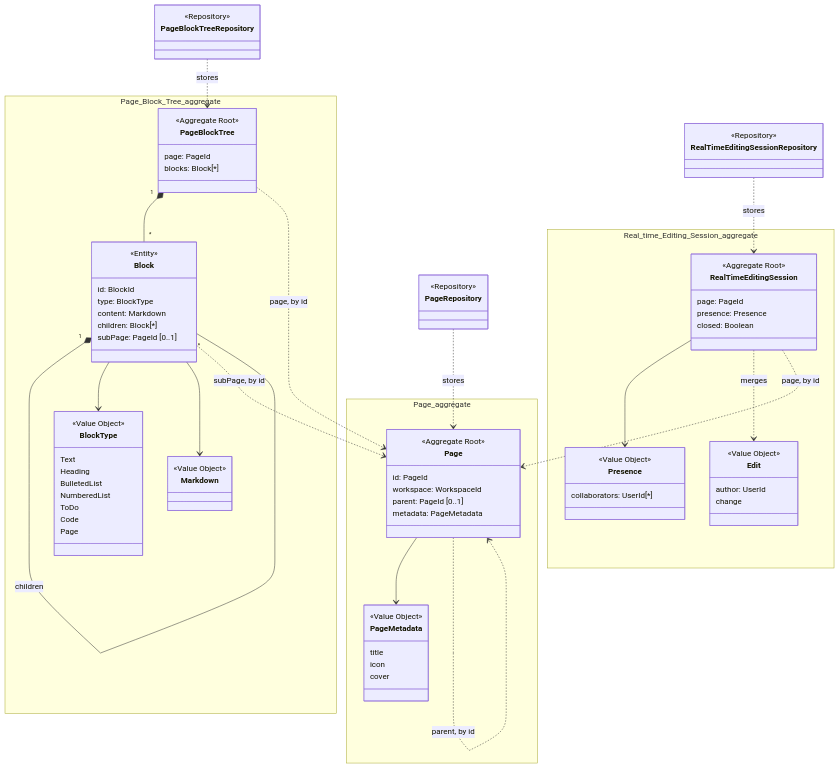
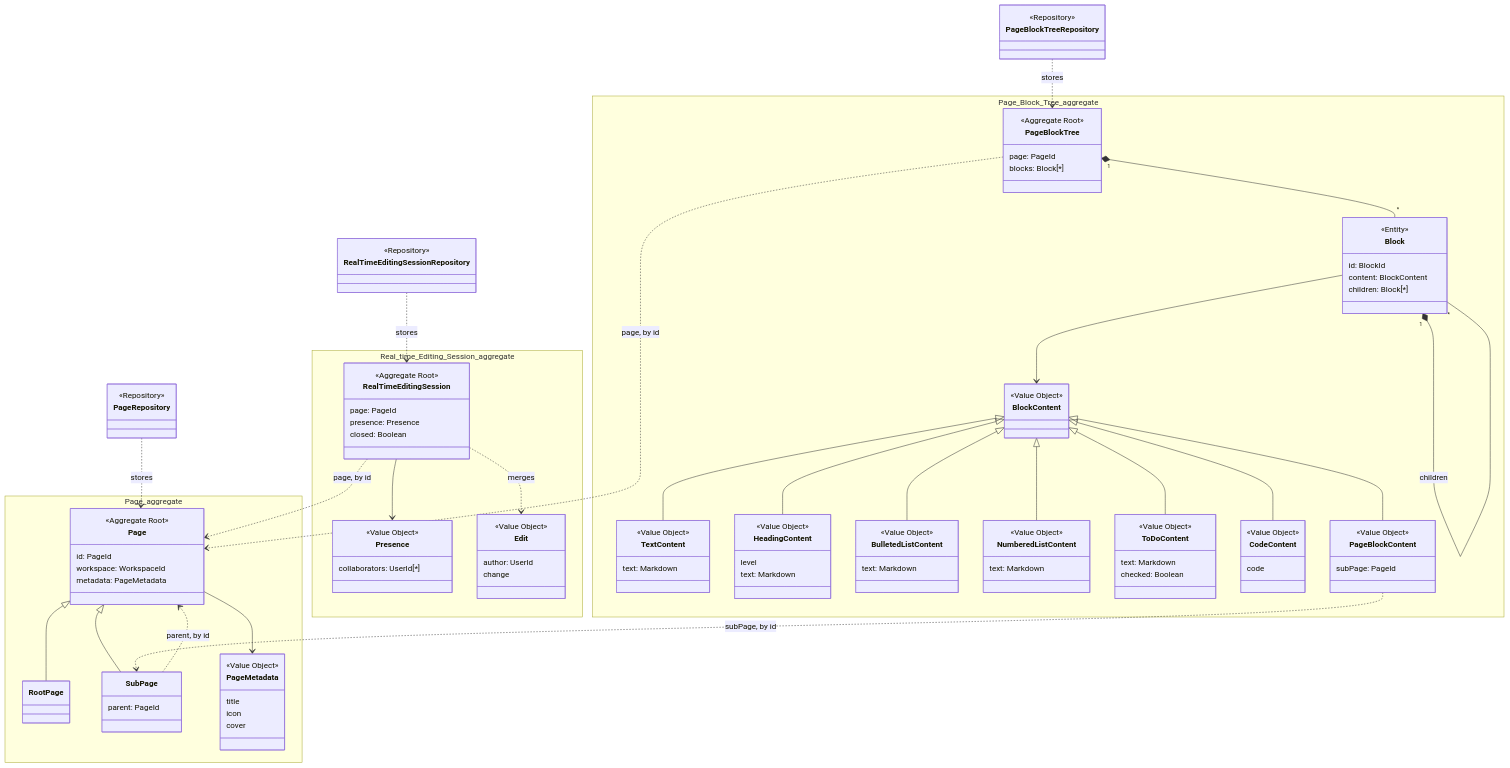
The third of 5 diagrams in _includes/tactical-design.md (Bending-Forks/gotion), drawn with Mermaid before and after one commit. The commit also changed other lines of this file and 3 other files, not shown here.

```diff
--- a/_includes/tactical-design.md
+++ b/_includes/tactical-design.md
@@ -184,8 +184,11 @@
       <<Aggregate Root>>
       id: PageId
       workspace: WorkspaceId
-      parent: PageId [0..1]
       metadata: PageMetadata
+    }
+    class RootPage
+    class SubPage {
+      parent: PageId
     }
     class PageMetadata {
       <<Value Object>>
@@ -203,23 +206,41 @@
     class Block {
       <<Entity>>
       id: BlockId
-      type: BlockType
-      content: Markdown
+      content: BlockContent
       children: Block[*]
-      subPage: PageId [0..1]
     }
-    class BlockType {
+    class BlockContent {
       <<Value Object>>
-      Text
-      Heading
-      BulletedList
-      NumberedList
-      ToDo
-      Code
-      Page
     }
-    class Markdown {
+    class TextContent {
       <<Value Object>>
+      text: Markdown
+    }
+    class HeadingContent {
+      <<Value Object>>
+      level
+      text: Markdown
+    }
+    class BulletedListContent {
+      <<Value Object>>
+      text: Markdown
+    }
+    class NumberedListContent {
+      <<Value Object>>
+      text: Markdown
+    }
+    class ToDoContent {
+      <<Value Object>>
+      text: Markdown
+      checked: Boolean
+    }
+    class CodeContent {
+      <<Value Object>>
+      code
+    }
+    class PageBlockContent {
+      <<Value Object>>
+      subPage: PageId
     }
   }
   namespace Real_time_Editing_Session_aggregate {
@@ -251,13 +272,21 @@
   Page --> PageMetadata
   PageBlockTree "1" *-- "*" Block
   Block "1" *-- "*" Block : children
-  Block --> BlockType
-  Block --> Markdown
+  Block --> BlockContent
+  BlockContent <|-- TextContent
+  BlockContent <|-- HeadingContent
+  BlockContent <|-- BulletedListContent
+  BlockContent <|-- NumberedListContent
+  BlockContent <|-- ToDoContent
+  BlockContent <|-- CodeContent
+  BlockContent <|-- PageBlockContent
   RealTimeEditingSession --> Presence
   RealTimeEditingSession ..> Edit : merges
-  Page ..> Page : parent, by id
+  Page <|-- RootPage
+  Page <|-- SubPage
+  SubPage ..> Page : parent, by id
   PageBlockTree ..> Page : page, by id
-  Block ..> Page : subPage, by id
+  PageBlockContent ..> SubPage : subPage, by id
   RealTimeEditingSession ..> Page : page, by id
   PageRepository ..> Page : stores
   PageBlockTreeRepository ..> PageBlockTree : stores
```
